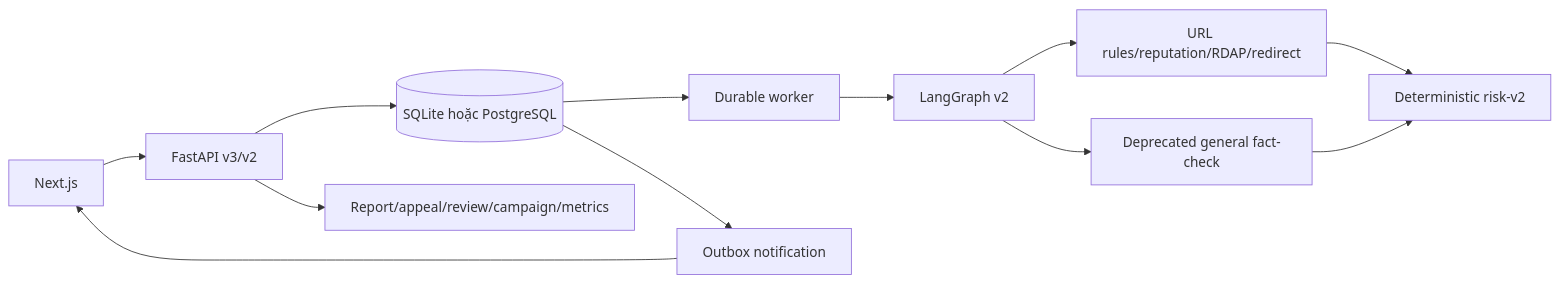
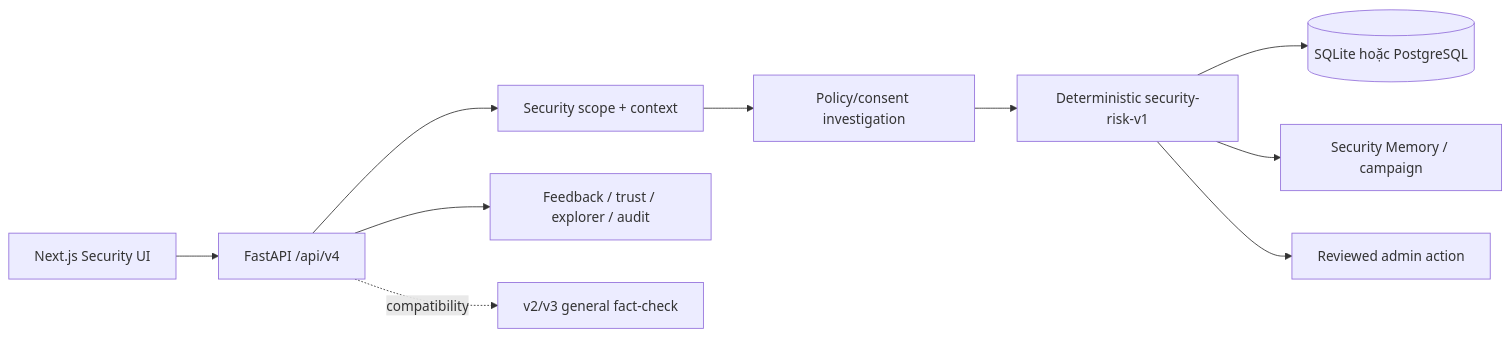
The diagram in ARCHITECTURE.md (Binhdn04/TrustGuard-AI), drawn with Mermaid before and after one commit. The commit also changed other lines of this file and 125 other files, not shown here.

````diff
--- a/ARCHITECTURE.md
+++ b/ARCHITECTURE.md
@@ -10,14 +10,12 @@
 ```mermaid
 flowchart LR
-    UI[Next.js] --> API[FastAPI v3/v2]
-    API --> DB[(SQLite hoặc PostgreSQL)]
-    DB --> Worker[Durable worker]
-    Worker --> Graph[LangGraph v2]
-    Graph --> URL[URL rules/reputation/RDAP/redirect]
-    Graph --> Legacy[Deprecated general fact-check]
-    URL --> Risk[Deterministic risk-v2]
-    Legacy --> Risk
-    API --> Admin[Report/appeal/review/campaign/metrics]
-    DB --> Redis[Outbox notification]
-    Redis --> UI
+    UI[Next.js Security UI] --> API[FastAPI /api/v4]
+    API --> Scope[Security scope + context]
+    Scope --> Investigation[Policy/consent investigation]
+    Investigation --> Risk[Deterministic security-risk-v1]
+    Risk --> DB[(SQLite hoặc PostgreSQL)]
+    Risk --> Memory[Security Memory / campaign]
+    Risk --> HITL[Reviewed admin action]
+    API --> Admin[Feedback / trust / explorer / audit]
+    API -. compatibility .-> Legacy[v2/v3 general fact-check]
 ```
````
